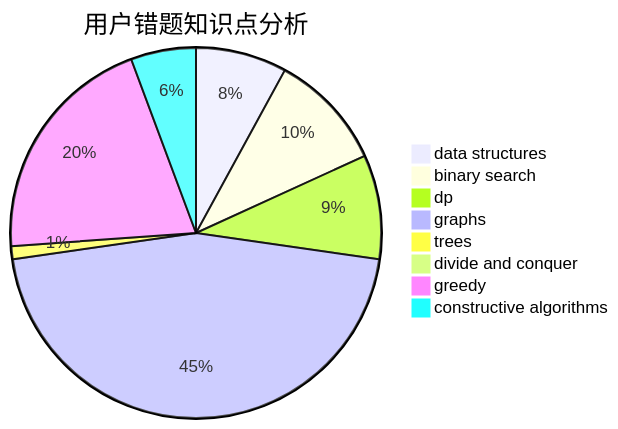
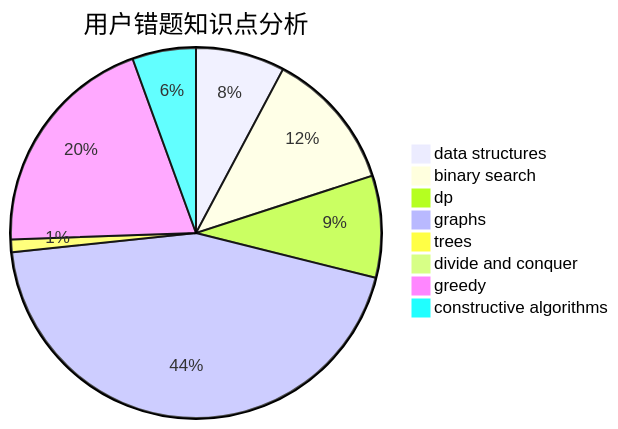
The third of 3 diagrams in docs/user/u1393.md (sherpahu/cfrs.github.io), drawn with Mermaid before and after one commit. The commit also changed other lines of this file and 2770 other files, not shown here.

````diff
--- a/docs/user/u1393.md
+++ b/docs/user/u1393.md
@@ -36,11 +36,11 @@
 ```mermaid
 pie title 用户错题知识点分析
     "data structures" :  7
-    "binary search" :  9
+    "binary search" :  11
     "dp" :  8
     "graphs" :  40
     "trees" :  1
     "divide and conquer" :  0
     "greedy" :  18
     "constructive algorithms" :  5
 ```
````
